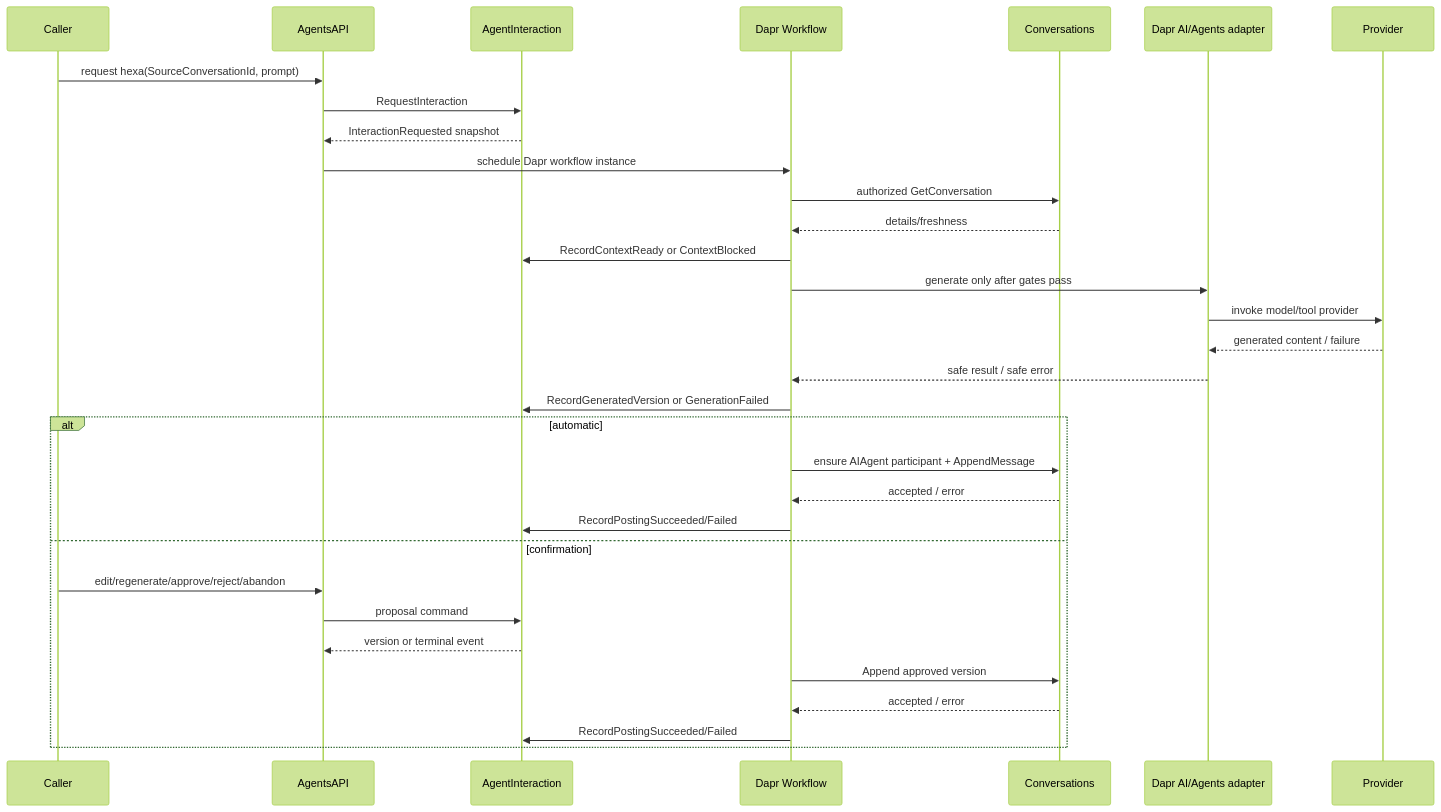
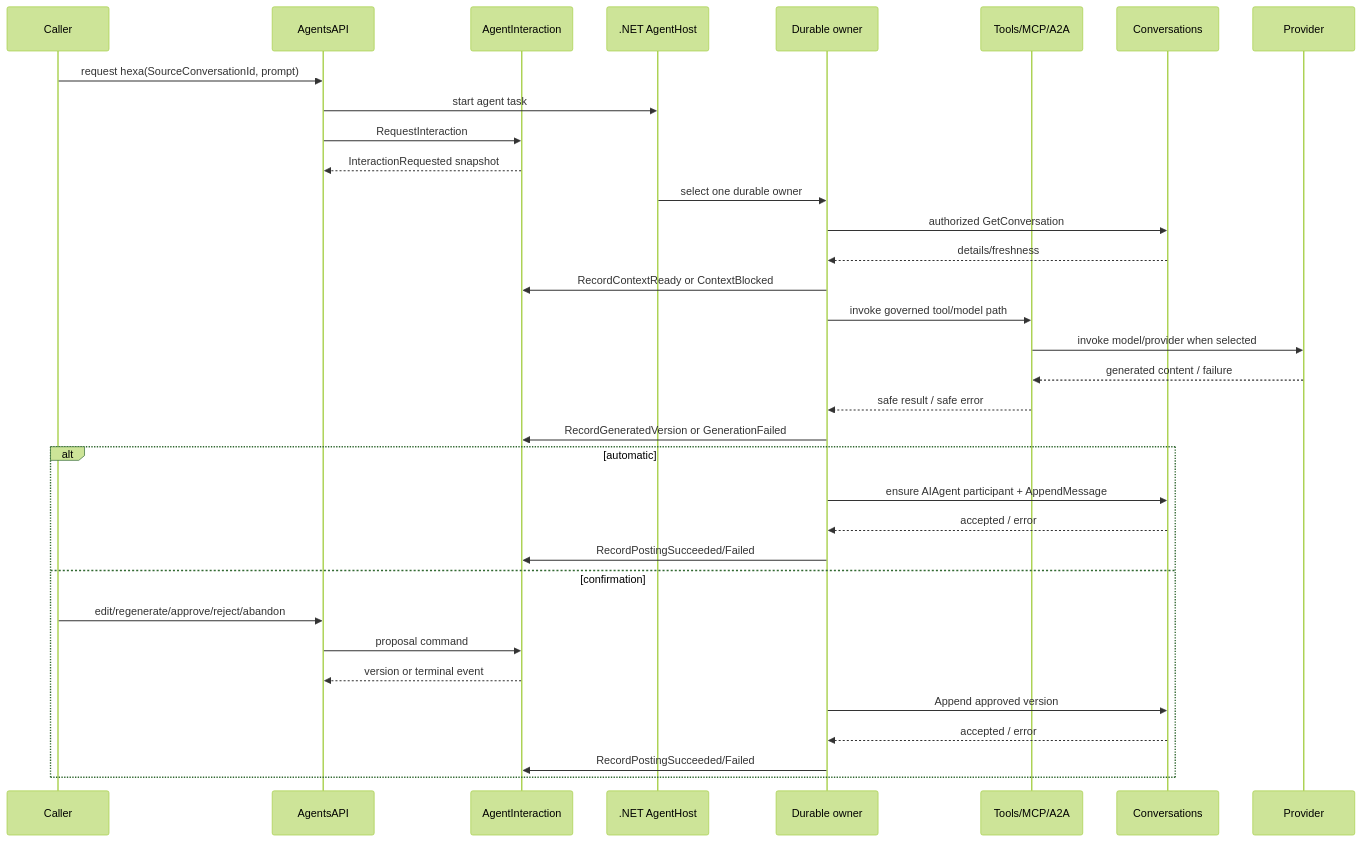
The third of 4 diagrams in _bmad-output/planning-artifacts/architecture/architecture-agents-2026-06-23-2/ARCHITECTURE-SPINE.md (Hexalith/Hexalith.Agents), drawn with Mermaid (forest theme) before and after one commit. The commit also changed other lines of this file and 6 other files, not shown here.

````diff
--- a/_bmad-output/planning-artifacts/architecture/architecture-agents-2026-06-23-2/ARCHITECTURE-SPINE.md
+++ b/_bmad-output/planning-artifacts/architecture/architecture-agents-2026-06-23-2/ARCHITECTURE-SPINE.md
@@ -197,35 +223,37 @@
 ```mermaid
 sequenceDiagram
   participant Caller
   participant AgentsAPI
   participant Interaction as AgentInteraction
-  participant Workflow as Dapr Workflow
+  participant Host as .NET AgentHost
+  participant Owner as Durable owner
+  participant Tools as Tools/MCP/A2A
   participant Conv as Conversations
-  participant DaprAI as Dapr AI/Agents adapter
   participant Provider
 
   Caller->>AgentsAPI: request hexa(SourceConversationId, prompt)
+  AgentsAPI->>Host: start agent task
   AgentsAPI->>Interaction: RequestInteraction
   Interaction-->>AgentsAPI: InteractionRequested snapshot
-  AgentsAPI->>Workflow: schedule Dapr workflow instance
-  Workflow->>Conv: authorized GetConversation
-  Conv-->>Workflow: details/freshness
-  Workflow->>Interaction: RecordContextReady or ContextBlocked
-  Workflow->>DaprAI: generate only after gates pass
-  DaprAI->>Provider: invoke model/tool provider
-  Provider-->>DaprAI: generated content / failure
-  DaprAI-->>Workflow: safe result / safe error
-  Workflow->>Interaction: RecordGeneratedVersion or GenerationFailed
+  Host->>Owner: select one durable owner
+  Owner->>Conv: authorized GetConversation
+  Conv-->>Owner: details/freshness
+  Owner->>Interaction: RecordContextReady or ContextBlocked
+  Owner->>Tools: invoke governed tool/model path
+  Tools->>Provider: invoke model/provider when selected
+  Provider-->>Tools: generated content / failure
+  Tools-->>Owner: safe result / safe error
+  Owner->>Interaction: RecordGeneratedVersion or GenerationFailed
   alt automatic
-    Workflow->>Conv: ensure AIAgent participant + AppendMessage
-    Conv-->>Workflow: accepted / error
-    Workflow->>Interaction: RecordPostingSucceeded/Failed
+    Owner->>Conv: ensure AIAgent participant + AppendMessage
+    Conv-->>Owner: accepted / error
+    Owner->>Interaction: RecordPostingSucceeded/Failed
   else confirmation
     Caller->>AgentsAPI: edit/regenerate/approve/reject/abandon
     AgentsAPI->>Interaction: proposal command
     Interaction-->>AgentsAPI: version or terminal event
-    Workflow->>Conv: Append approved version
-    Conv-->>Workflow: accepted / error
-    Workflow->>Interaction: RecordPostingSucceeded/Failed
+    Owner->>Conv: Append approved version
+    Conv-->>Owner: accepted / error
+    Owner->>Interaction: RecordPostingSucceeded/Failed
   end
 ```
````
